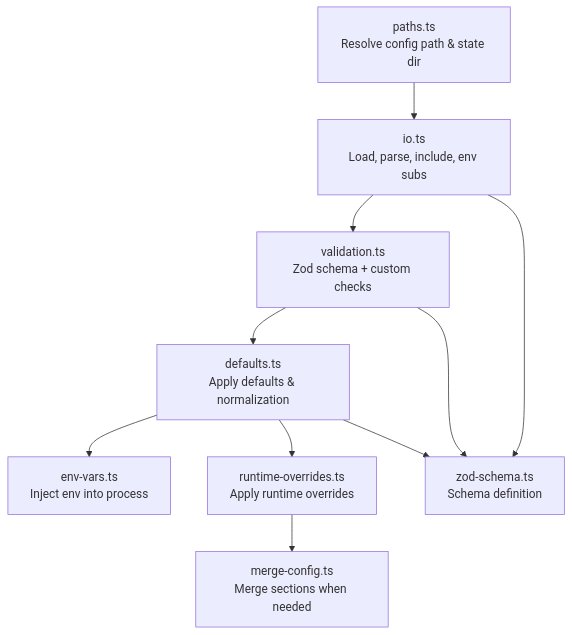
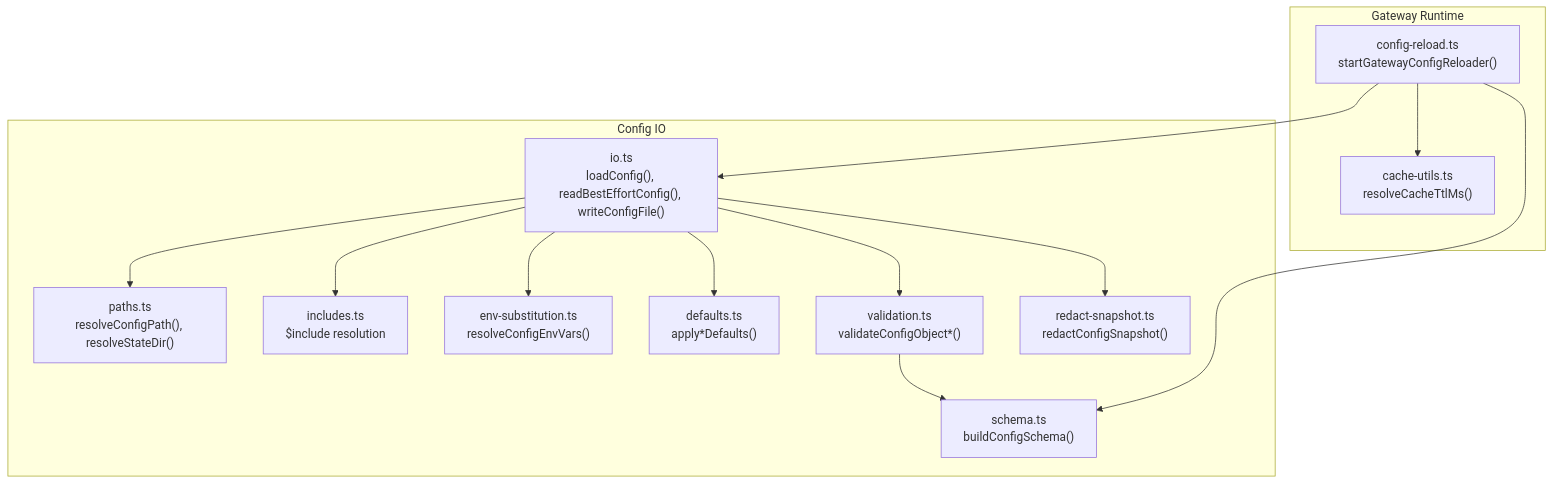
The first of 10 diagrams in repowiki/en/content/Configuration Management/Configuration Architecture.md (botx-work/OpenClaw-Internals), drawn with Mermaid before and after one commit. The commit also changed other lines of this file and 332 other files, not shown here.

````diff
--- a/repowiki/en/content/Configuration Management/Configuration Architecture.md
+++ b/repowiki/en/content/Configuration Management/Configuration Architecture.md
@@ -40,12 +41,27 @@
 ```mermaid
 graph TB
-A["paths.ts<br/>Resolve config path & state dir"] --> B["io.ts<br/>Load, parse, include, env subs"]
-B --> C["validation.ts<br/>Zod schema + custom checks"]
-C --> D["defaults.ts<br/>Apply defaults & normalization"]
-D --> E["env-vars.ts<br/>Inject env into process"]
-D --> F["runtime-overrides.ts<br/>Apply runtime overrides"]
-F --> G["merge-config.ts<br/>Merge sections when needed"]
-B --> H["zod-schema.ts<br/>Schema definition"]
-C --> H
-D --> H
+subgraph "Config IO"
+A["io.ts<br/>loadConfig(), readBestEffortConfig(), writeConfigFile()"]
+B["paths.ts<br/>resolveConfigPath(), resolveStateDir()"]
+C["includes.ts<br/>$include resolution"]
+D["env-substitution.ts<br/>resolveConfigEnvVars()"]
+E["defaults.ts<br/>apply*Defaults()"]
+F["validation.ts<br/>validateConfigObject*()"]
+G["schema.ts<br/>buildConfigSchema()"]
+H["redact-snapshot.ts<br/>redactConfigSnapshot()"]
+end
+subgraph "Gateway Runtime"
+I["config-reload.ts<br/>startGatewayConfigReloader()"]
+J["cache-utils.ts<br/>resolveCacheTtlMs()"]
+end
+A --> B
+A --> C
+A --> D
+A --> F
+A --> E
+F --> G
+A --> H
+I --> A
+I --> G
+I --> J
 ```
````
